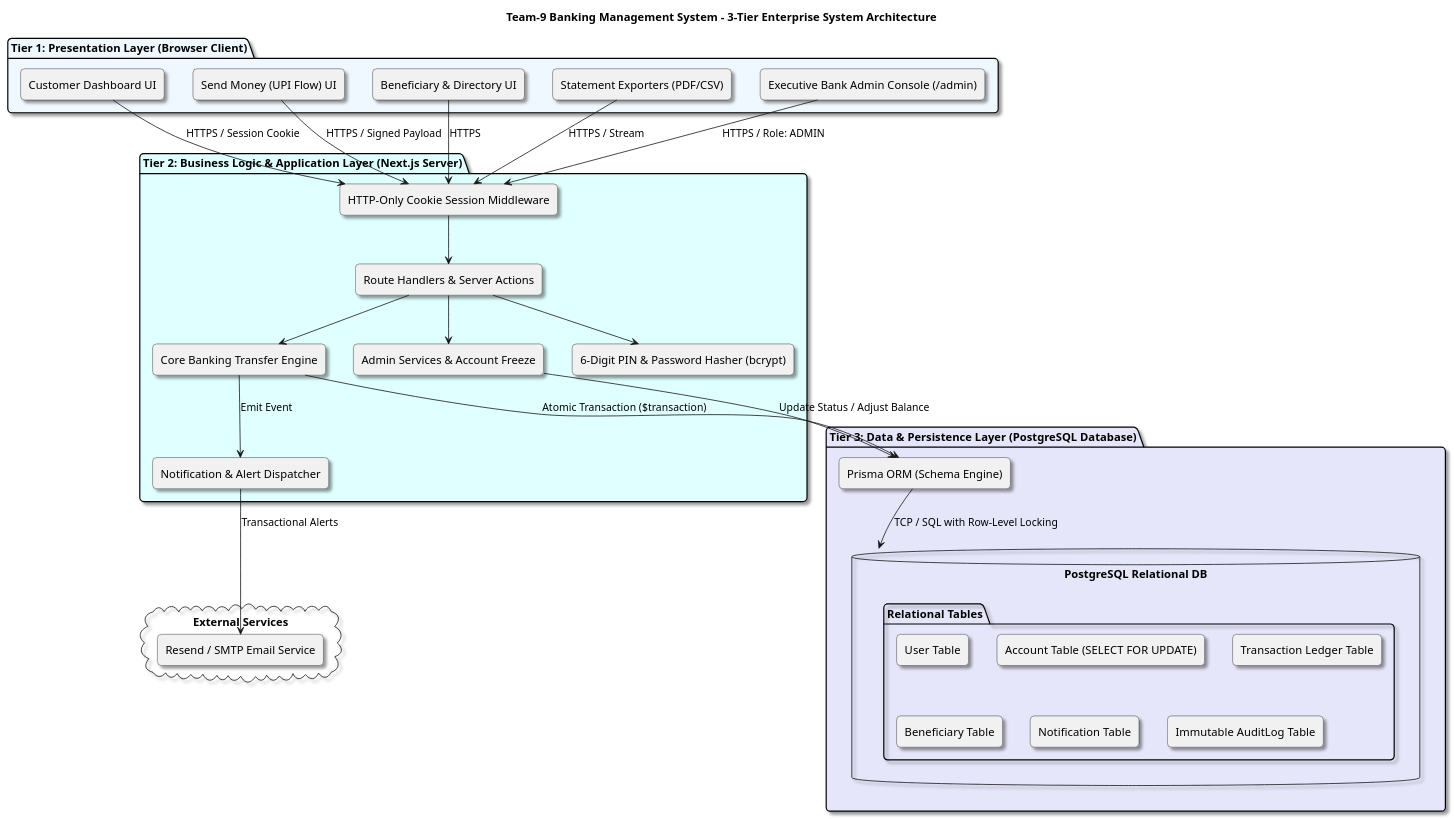
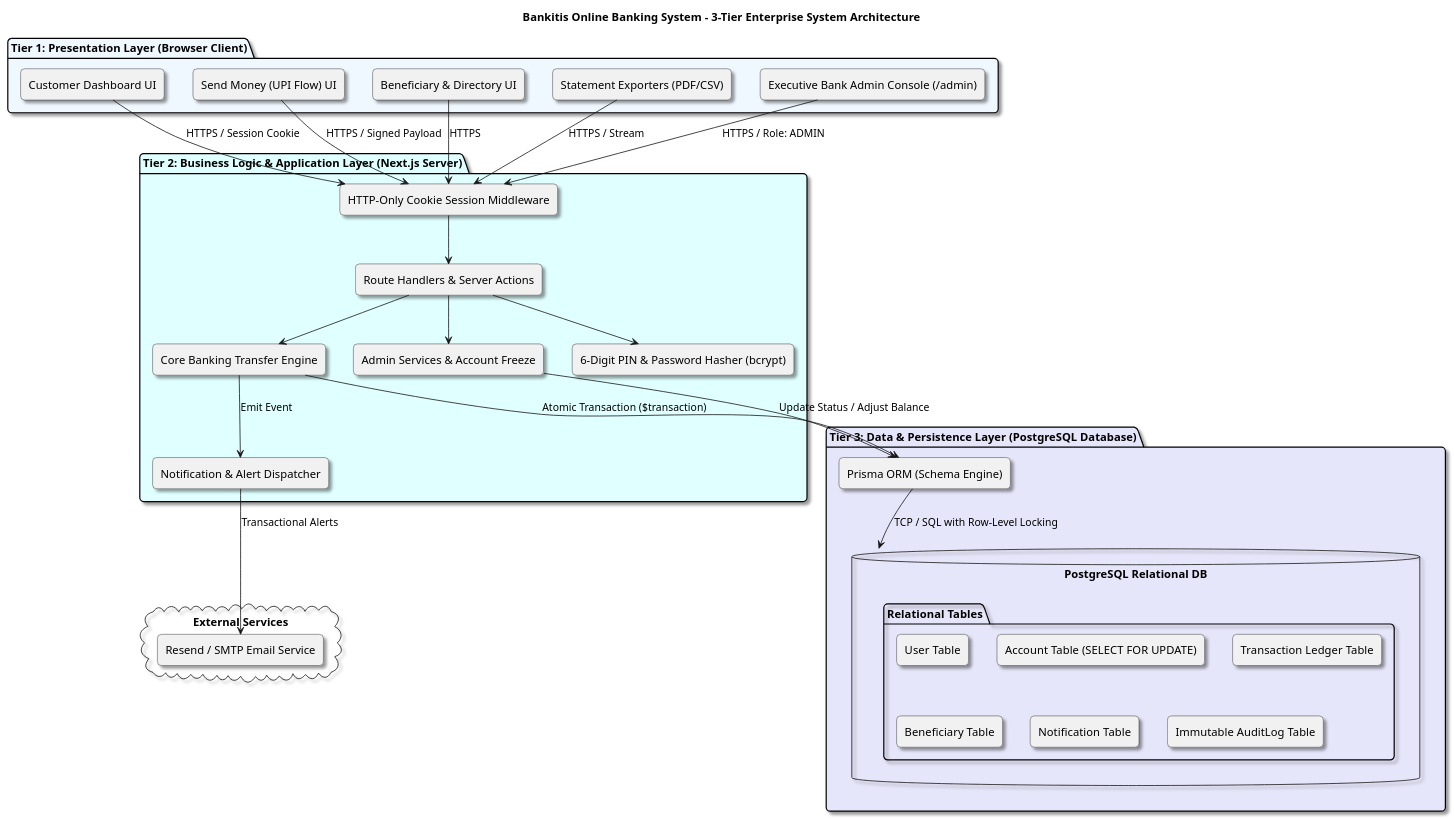
One commit to allanmaaz/bankitis changed the diagram in diagrams/SystemArchitecture.puml. Above: the diagram before and after it, drawn with PlantUML. The commit also changed 15 other files, not shown here.

```diff
--- a/diagrams/SystemArchitecture.puml
+++ b/diagrams/SystemArchitecture.puml
@@ -1,61 +1,61 @@
 @startuml SystemArchitecture
-title Team-9 Banking Management System - 3-Tier Enterprise System Architecture
+title Bankitis Online Banking System - 3-Tier Enterprise System Architecture
 
 skinparam componentStyle rectangle
 skinparam roundcorner 10
 skinparam shadowing true
 
 package "Tier 1: Presentation Layer (Browser Client)" #AliceBlue {
   [Customer Dashboard UI] as ClientDash
   [Send Money (UPI Flow) UI] as ClientTransfer
   [Beneficiary & Directory UI] as ClientBeneficiary
   [Statement Exporters (PDF/CSV)] as ClientExport
   [Executive Bank Admin Console (/admin)] as AdminConsole
 }
 
 package "Tier 2: Business Logic & Application Layer (Next.js Server)" #LightCyan {
   [HTTP-Only Cookie Session Middleware] as AuthMiddleware
   [Route Handlers & Server Actions] as ServerActions
   [Core Banking Transfer Engine] as BankingEngine
   [Admin Services & Account Freeze] as AdminService
   [6-Digit PIN & Password Hasher (bcrypt)] as CryptoService
   [Notification & Alert Dispatcher] as NotifService
 }
 
 package "Tier 3: Data & Persistence Layer (PostgreSQL Database)" #Lavender {
   [Prisma ORM (Schema Engine)] as Prisma
   database "PostgreSQL Relational DB" as Postgres {
     folder "Relational Tables" {
       [User Table]
       [Account Table (SELECT FOR UPDATE)]
       [Transaction Ledger Table]
       [Beneficiary Table]
       [Notification Table]
       [Immutable AuditLog Table]
     }
   }
 }
 
 cloud "External Services" {
   [Resend / SMTP Email Service] as EmailService
 }
 
 ClientDash --> AuthMiddleware : HTTPS / Session Cookie
 ClientTransfer --> AuthMiddleware : HTTPS / Signed Payload
 ClientBeneficiary --> AuthMiddleware : HTTPS
 ClientExport --> AuthMiddleware : HTTPS / Stream
 AdminConsole --> AuthMiddleware : HTTPS / Role: ADMIN
 
 AuthMiddleware --> ServerActions
 ServerActions --> BankingEngine
 ServerActions --> AdminService
 ServerActions --> CryptoService
 
 BankingEngine --> Prisma : Atomic Transaction ($transaction)
 AdminService --> Prisma : Update Status / Adjust Balance
 BankingEngine --> NotifService : Emit Event
 
 Prisma --> Postgres : TCP / SQL with Row-Level Locking
 NotifService --> EmailService : Transactional Alerts
 
 @enduml
```
